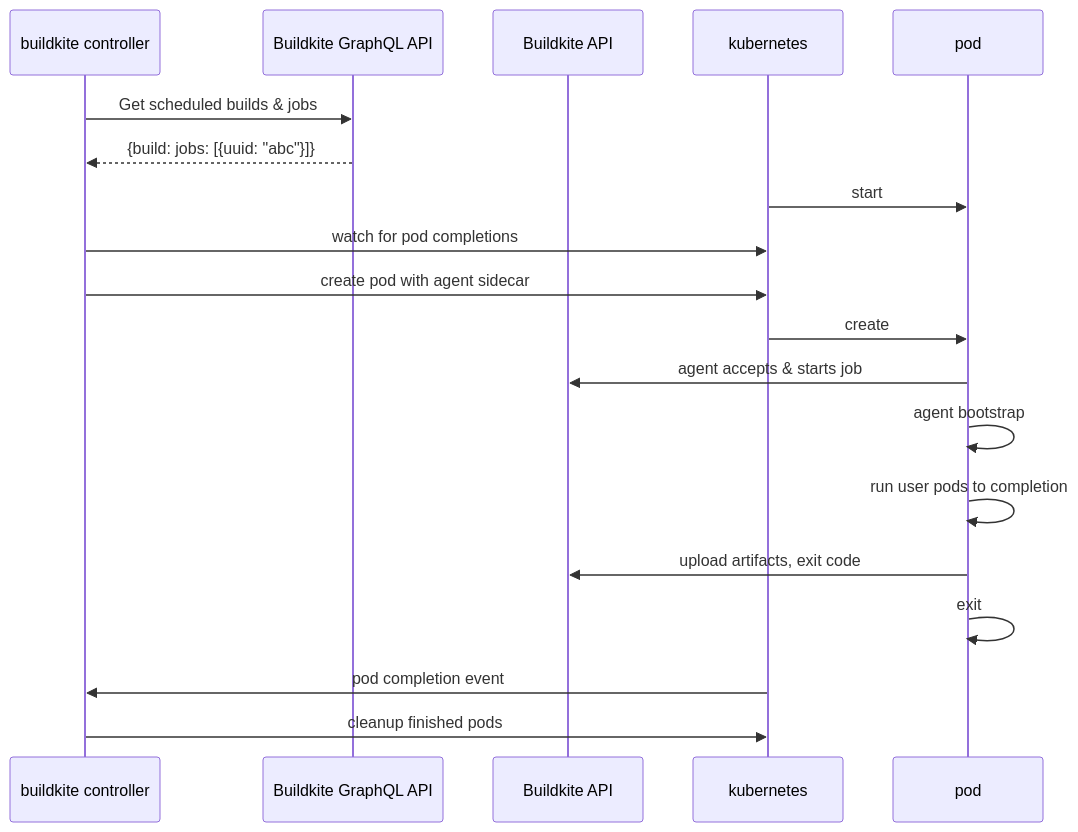
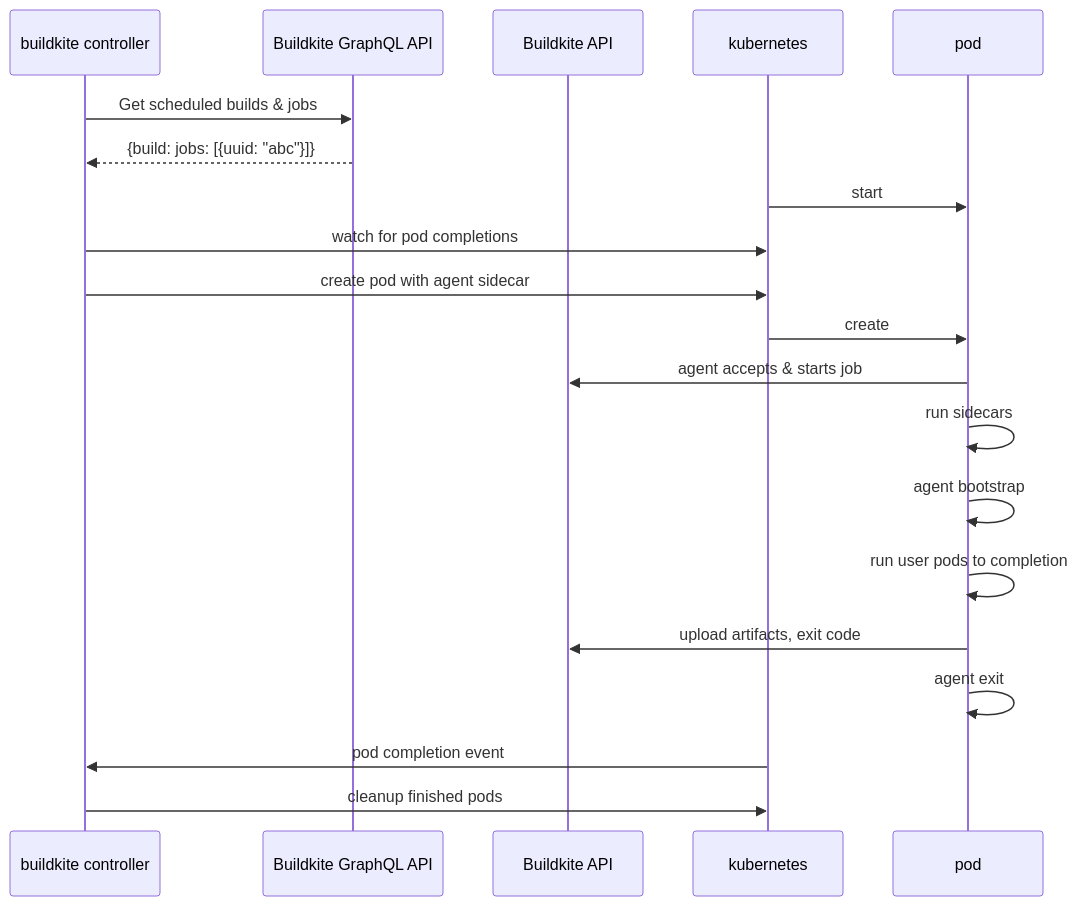
Before and after one commit to buildkite/agent-stack-k8s: the diagram in README.md, drawn with Mermaid. The commit also changed other lines of this file, not shown here.

Commit message:
Add mention of sidecars to readme

````diff
--- a/README.md
+++ b/README.md
@@ -70,20 +70,21 @@
 ```mermaid
 sequenceDiagram
     participant bc as buildkite controller
     participant gql as Buildkite GraphQL API
     participant bapi as Buildkite API
     participant kubernetes
     bc->>gql: Get scheduled builds & jobs
     gql-->>bc: {build: jobs: [{uuid: "abc"}]}
     kubernetes->>pod: start
     bc->>kubernetes: watch for pod completions
     bc->>kubernetes: create pod with agent sidecar
     kubernetes->>pod: create
     pod->>bapi: agent accepts & starts job
+    pod->>pod: run sidecars
     pod->>pod: agent bootstrap
     pod->>pod: run user pods to completion
     pod->>bapi: upload artifacts, exit code
-    pod->>pod: exit
+    pod->>pod: agent exit
     kubernetes->>bc: pod completion event
     bc->>kubernetes: cleanup finished pods
 ```
````
